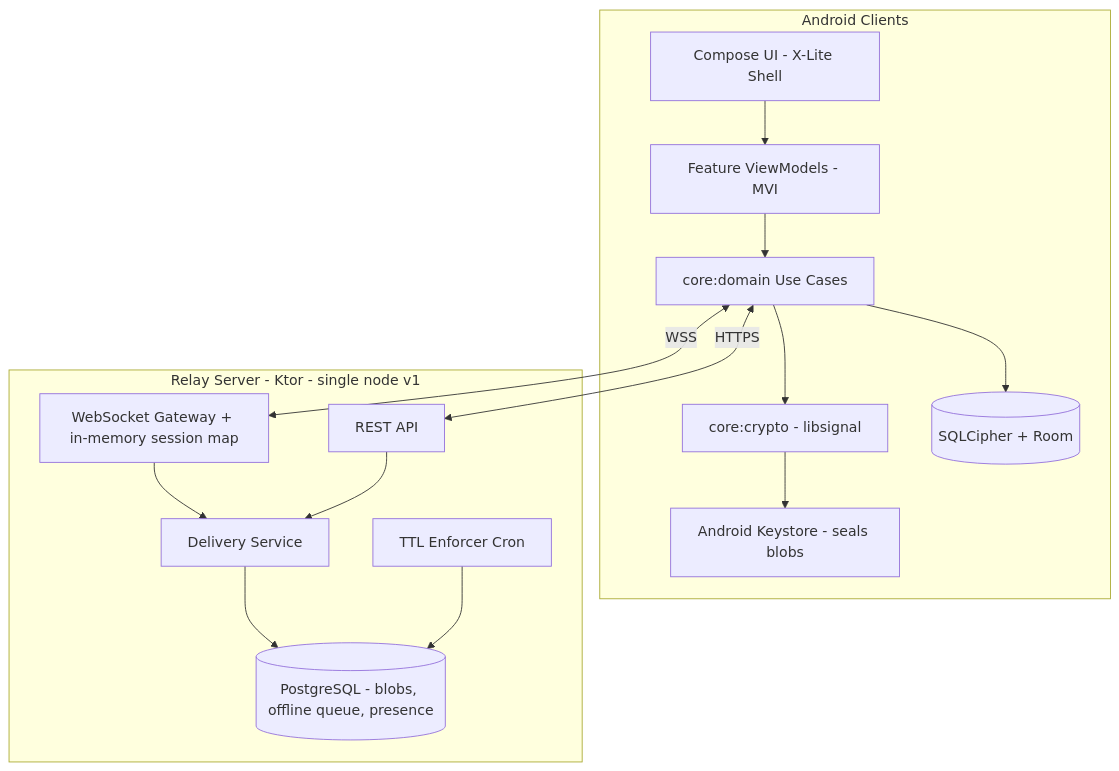
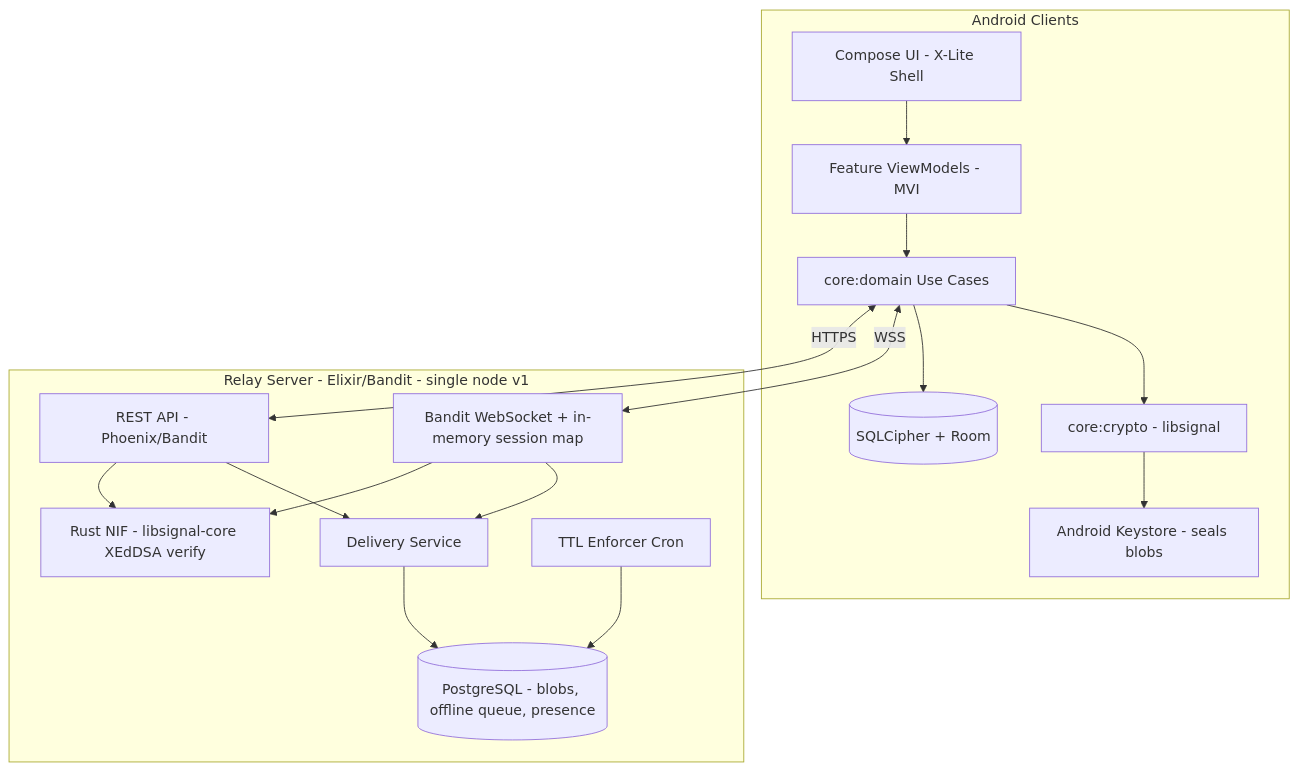
One commit to awfixers-stuff/awchat changed the first of 10 diagrams in docs/DESIGN.md. Above: the diagram before and after it, drawn with Mermaid. The commit also changed other lines of this file and 6 other files, not shown here.

````diff
--- a/docs/DESIGN.md
+++ b/docs/DESIGN.md
@@ -107,29 +107,32 @@
 ```mermaid
 flowchart TB
     subgraph clients [Android Clients]
         UI[Compose UI - X-Lite Shell]
         VM[Feature ViewModels - MVI]
         UC[core:domain Use Cases]
         CR[core:crypto - libsignal]
         DB[(SQLCipher + Room)]
         KS[Android Keystore - seals blobs]
         UI --> VM --> UC
         UC --> CR
         UC --> DB
         CR --> KS
     end
 
-    subgraph relay [Relay Server - Ktor - single node v1]
-        WS[WebSocket Gateway + in-memory session map]
-        API[REST API]
+    subgraph relay [Relay Server - Elixir/Bandit - single node v1]
+        WS[Bandit WebSocket + in-memory session map]
+        API[REST API - Phoenix/Bandit]
+        NIF[Rust NIF - libsignal-core XEdDSA verify]
         DEL[Delivery Service]
         TTL[TTL Enforcer Cron]
         WS --> DEL
         API --> DEL
+        API --> NIF
+        WS --> NIF
         DEL --> PG[(PostgreSQL - blobs, offline queue, presence)]
         TTL --> PG
     end
 
     UC <-->|WSS| WS
     UC <-->|HTTPS| API
 ```
````
